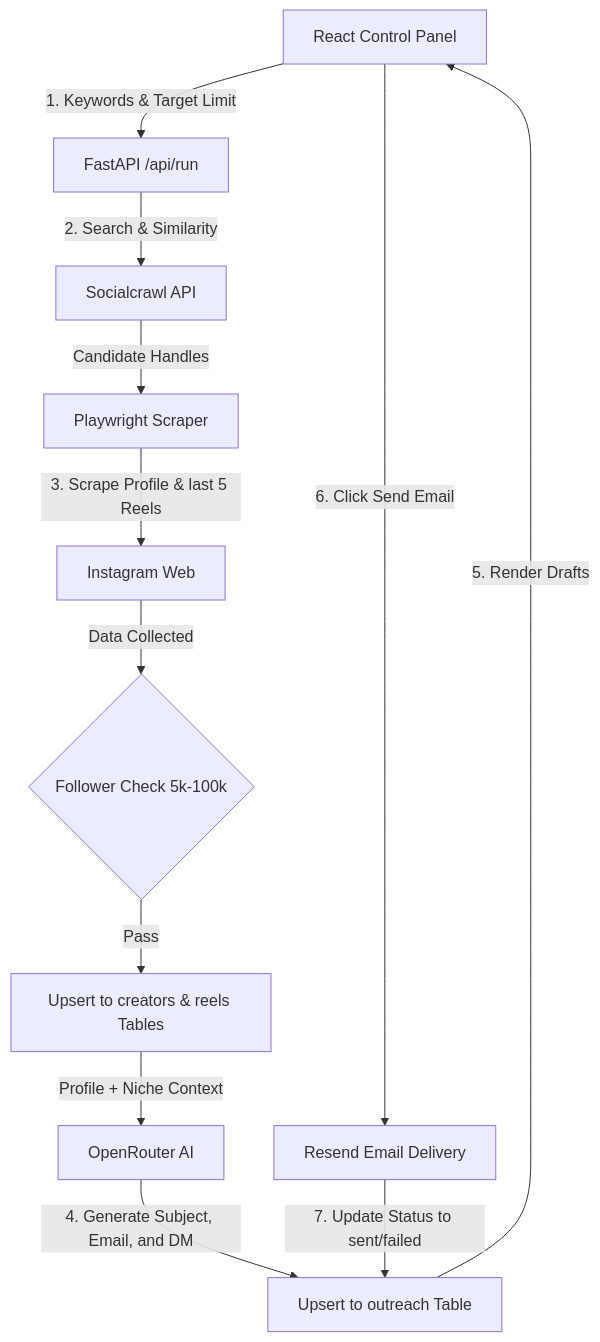
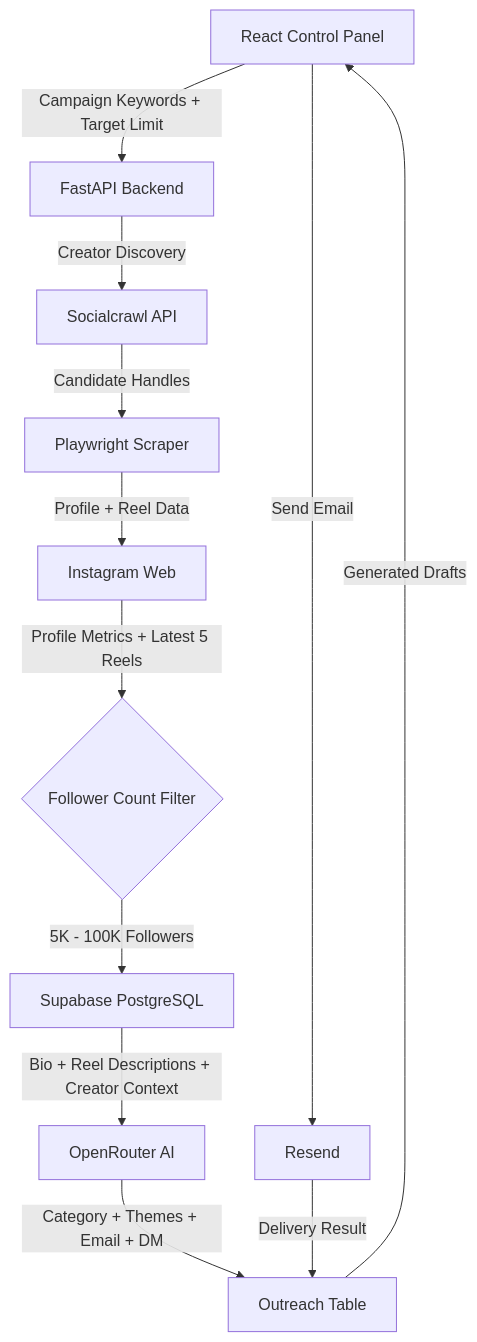
Before and after one commit to thegurlalsingh/creator_discovery_automation: the diagram in README.md, drawn with Mermaid. The commit also changed other lines of this file, not shown here.

````diff
--- a/README.md
+++ b/README.md
@@ -27,16 +118,27 @@
 ```mermaid
 graph TD
-    UI[React Control Panel] -->|1. Keywords & Target Limit| API[FastAPI /api/run]
-    API -->|2. Search & Similarity| Social[Socialcrawl API]
-    Social -->|Candidate Handles| Scraper[Playwright Scraper]
-    Scraper -->|3. Scrape Profile & last 5 Reels| IG[Instagram Web]
-    IG -->|Data Collected| Filter{Follower Check 5k-100k}
-    
-    Filter -->|Pass| DB_Save[Upsert to creators & reels Tables]
-    DB_Save -->|Profile + Niche Context| LLM[OpenRouter AI]
-    LLM -->|4. Generate Subject, Email, and DM| DB_Outreach[Upsert to outreach Table]
-    
-    DB_Outreach -->|5. Render Drafts| UI
-    UI -->|6. Click Send Email| Send[Resend Email Delivery]
-    Send -->|7. Update Status to sent/failed| DB_Outreach
+
+UI[React Control Panel]
+
+UI -->|Campaign Keywords + Target Limit| API[FastAPI Backend]
+
+API -->|Creator Discovery| Social[Socialcrawl API]
+
+Social -->|Candidate Handles| Scraper[Playwright Scraper]
+
+Scraper -->|Profile + Reel Data| Instagram[Instagram Web]
+
+Instagram -->|Profile Metrics + Latest 5 Reels| Filter{Follower Count Filter}
+
+Filter -->|5K - 100K Followers| DB[Supabase PostgreSQL]
+
+DB -->|Bio + Reel Descriptions + Creator Context| LLM[OpenRouter AI]
+
+LLM -->|Category + Themes + Email + DM| Outreach[Outreach Table]
+
+Outreach -->|Generated Drafts| UI
+
+UI -->|Send Email| Resend[Resend]
+
+Resend -->|Delivery Result| Outreach
 ```
````
